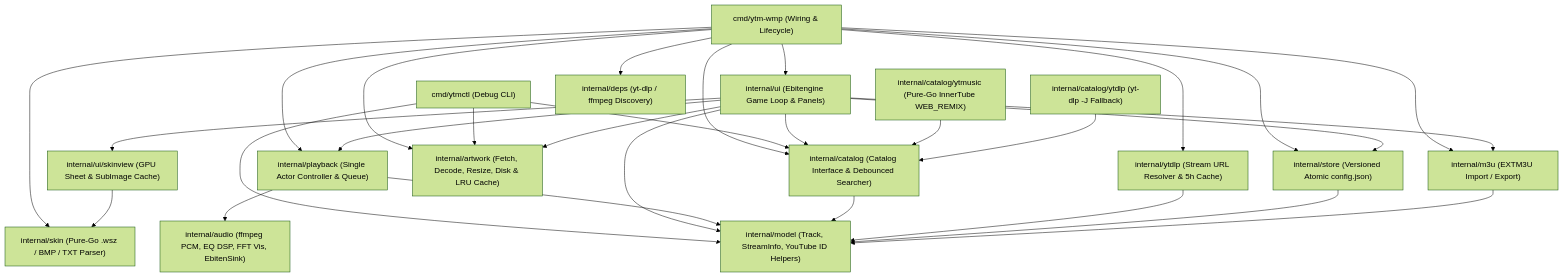
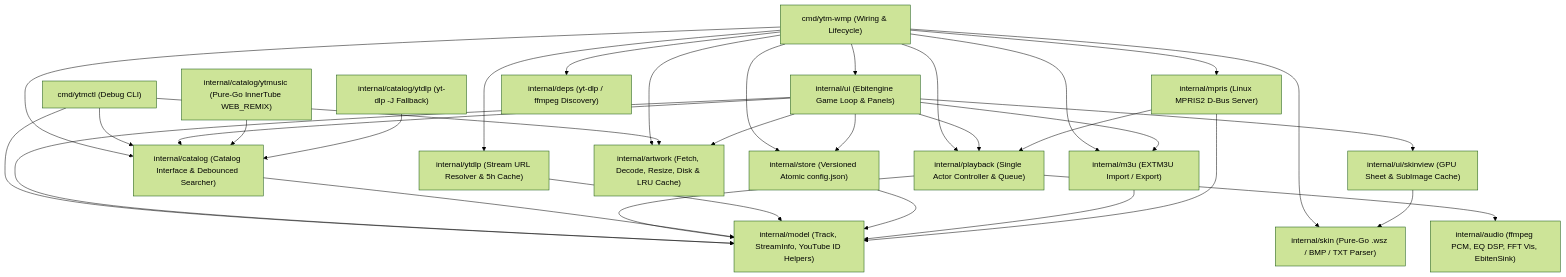
Before and after one commit to rroy-ar/ytm-wmp: the first of 3 diagrams in README.md, drawn with Mermaid (forest theme). The commit also changed other lines of this file and 2 other files, not shown here.

Commit message:
docs: document Linux MPRIS2 D-Bus integration

````diff
--- a/README.md
+++ b/README.md
@@ -203,55 +205,59 @@
 ```mermaid
 flowchart TD
     Main["cmd/ytm-wmp (Wiring & Lifecycle)"]
     CLI["cmd/ytmctl (Debug CLI)"]
 
     UI["internal/ui (Ebitengine Game Loop & Panels)"]
     SkinView["internal/ui/skinview (GPU Sheet & SubImage Cache)"]
     Skin["internal/skin (Pure-Go .wsz / BMP / TXT Parser)"]
 
     Playback["internal/playback (Single Actor Controller & Queue)"]
     Audio["internal/audio (ffmpeg PCM, EQ DSP, FFT Vis, EbitenSink)"]
 
     YTDLP["internal/ytdlp (Stream URL Resolver & 5h Cache)"]
     Catalog["internal/catalog (Catalog Interface & Debounced Searcher)"]
     YTMusic["internal/catalog/ytmusic (Pure-Go InnerTube WEB_REMIX)"]
     CatYTDLP["internal/catalog/ytdlp (yt-dlp -J Fallback)"]
 
     Artwork["internal/artwork (Fetch, Decode, Resize, Disk & LRU Cache)"]
     Store["internal/store (Versioned Atomic config.json)"]
     M3U["internal/m3u (EXTM3U Import / Export)"]
+    MPRIS["internal/mpris (Linux MPRIS2 D-Bus Server)"]
     Deps["internal/deps (yt-dlp / ffmpeg Discovery)"]
     Model["internal/model (Track, StreamInfo, YouTube ID Helpers)"]
 
     Main --> UI
     Main --> Playback
     Main --> Catalog
     Main --> YTDLP
     Main --> Artwork
     Main --> Store
     Main --> M3U
+    Main --> MPRIS
     Main --> Deps
     Main --> Skin
 
     CLI --> Catalog
     CLI --> Artwork
     CLI --> Model
 
     UI --> SkinView
     UI --> Playback
     UI --> Catalog
     UI --> Artwork
     UI --> Store
     UI --> M3U
     UI --> Model
 
     SkinView --> Skin
     Playback --> Audio
     Playback --> Model
     Catalog --> Model
     YTMusic --> Catalog
     CatYTDLP --> Catalog
     YTDLP --> Model
     Store --> Model
     M3U --> Model
+    MPRIS --> Playback
+    MPRIS --> Model
 ```
````
